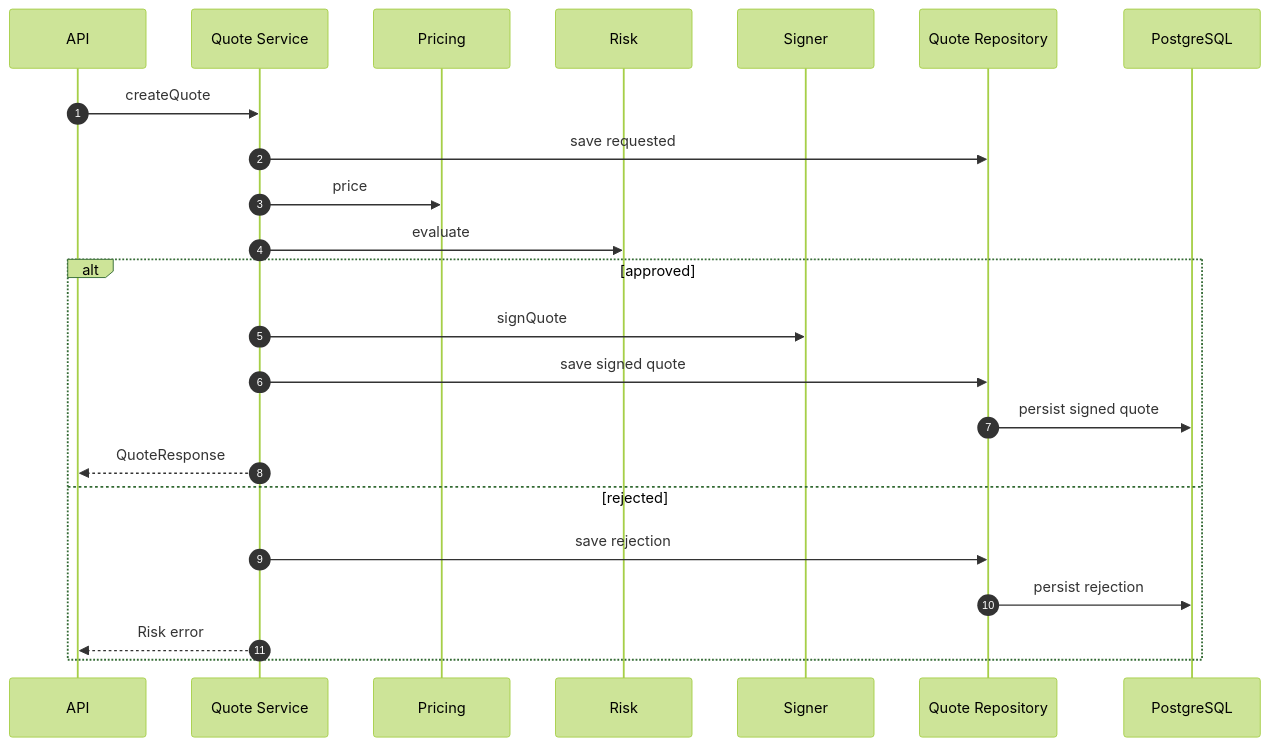
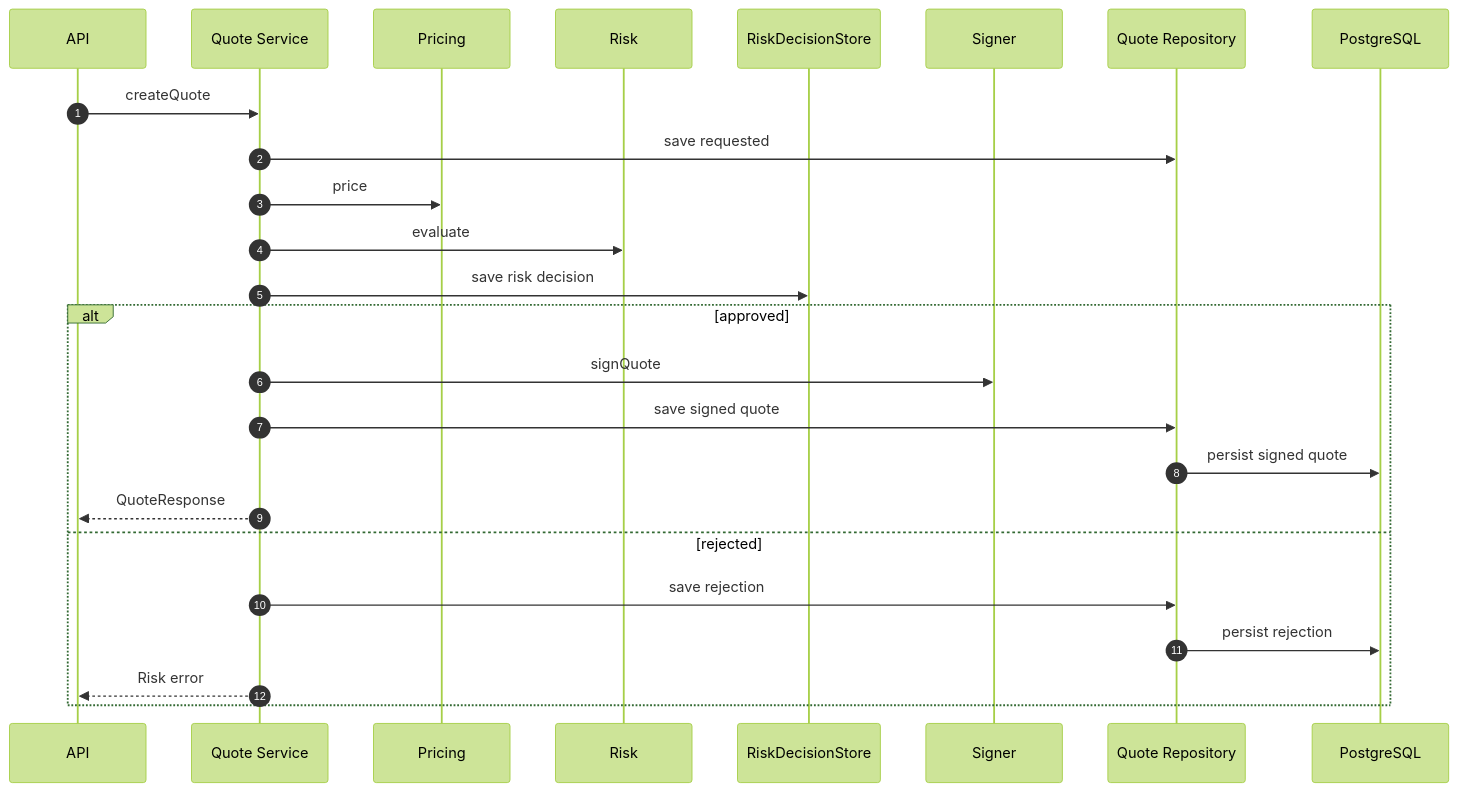
One commit to alvis-ai/production-grade-web3-rfq-market-maker changed the second of 3 diagrams in book/Volume5-BackendEngineering/Chapter02-Quote-Service.md. Above: the diagram before and after it, drawn with Mermaid (forest theme). The commit also changed other lines of this file and 11 other files, not shown here.

````diff
--- a/book/Volume5-BackendEngineering/Chapter02-Quote-Service.md
+++ b/book/Volume5-BackendEngineering/Chapter02-Quote-Service.md
@@ -74,26 +74,28 @@
 ```mermaid
 sequenceDiagram
   autonumber
   participant API
   participant Q as Quote Service
   participant P as Pricing
   participant R as Risk
+  participant Audit as RiskDecisionStore
   participant S as Signer
   participant Repo as Quote Repository
   participant DB as PostgreSQL
 
   API->>Q: createQuote
   Q->>Repo: save requested
   Q->>P: price
   Q->>R: evaluate
+  Q->>Audit: save risk decision
   alt approved
     Q->>S: signQuote
     Q->>Repo: save signed quote
     Repo->>DB: persist signed quote
     Q-->>API: QuoteResponse
   else rejected
     Q->>Repo: save rejection
     Repo->>DB: persist rejection
     Q-->>API: Risk error
   end
 ```
````
